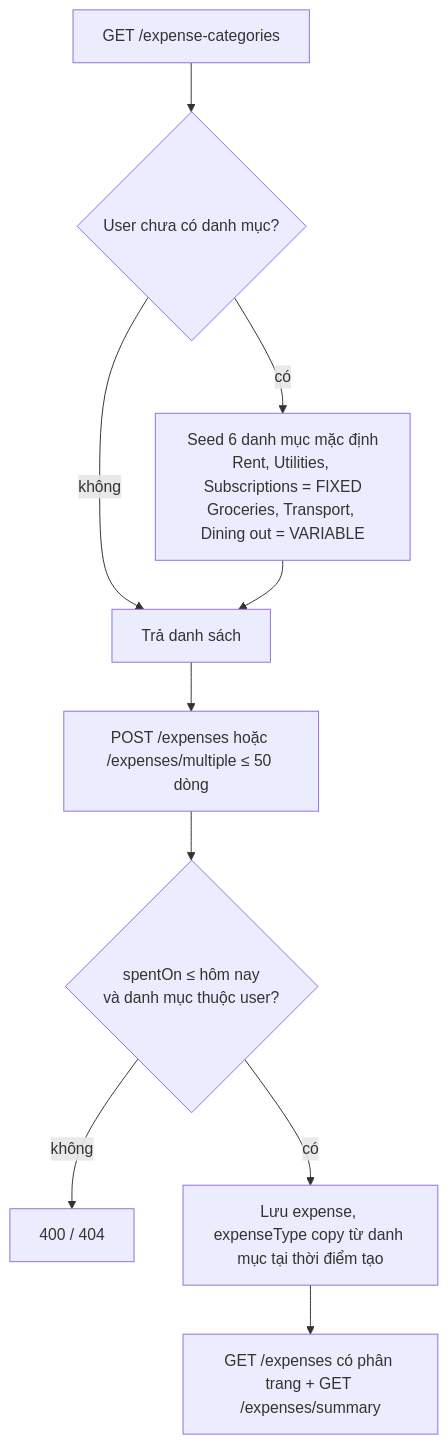
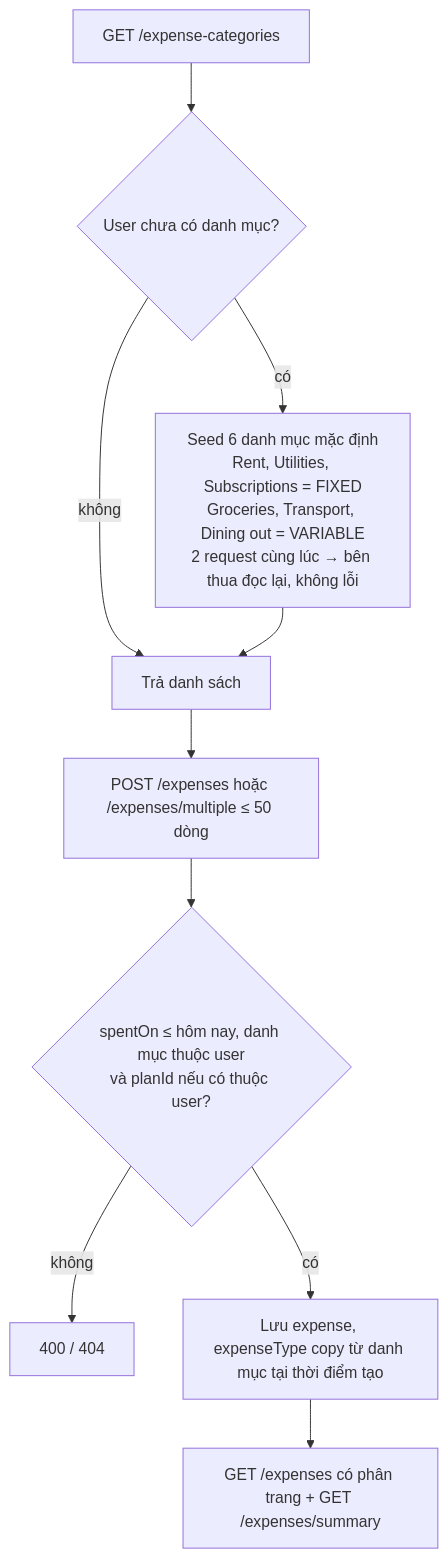
Before and after one commit to Hieule-kid/FinTrack: the fifth of 5 diagrams in docs/BUSINESS_FLOW.md, drawn with Mermaid. The commit also changed other lines of this file, not shown here.

Commit message:
docs: mark B7, B9 and B13 as fixed in the business flow

````diff
--- a/docs/BUSINESS_FLOW.md
+++ b/docs/BUSINESS_FLOW.md
@@ -231,12 +233,12 @@
 ```mermaid
 flowchart TD
     A[GET /expense-categories] --> B{User chưa có danh mục?}
-    B -->|có| C[Seed 6 danh mục mặc định<br/>Rent, Utilities, Subscriptions = FIXED<br/>Groceries, Transport, Dining out = VARIABLE]
+    B -->|có| C[Seed 6 danh mục mặc định<br/>Rent, Utilities, Subscriptions = FIXED<br/>Groceries, Transport, Dining out = VARIABLE<br/>2 request cùng lúc → bên thua đọc lại, không lỗi]
     B -->|không| D[Trả danh sách]
     C --> D
     D --> E[POST /expenses hoặc /expenses/multiple ≤ 50 dòng]
-    E --> F{spentOn ≤ hôm nay<br/>và danh mục thuộc user?}
+    E --> F{spentOn ≤ hôm nay, danh mục thuộc user<br/>và planId nếu có thuộc user?}
     F -->|không| X[400 / 404]
     F -->|có| G[Lưu expense, expenseType copy từ danh mục tại thời điểm tạo]
     G --> H[GET /expenses có phân trang + GET /expenses/summary]
 ```
````
